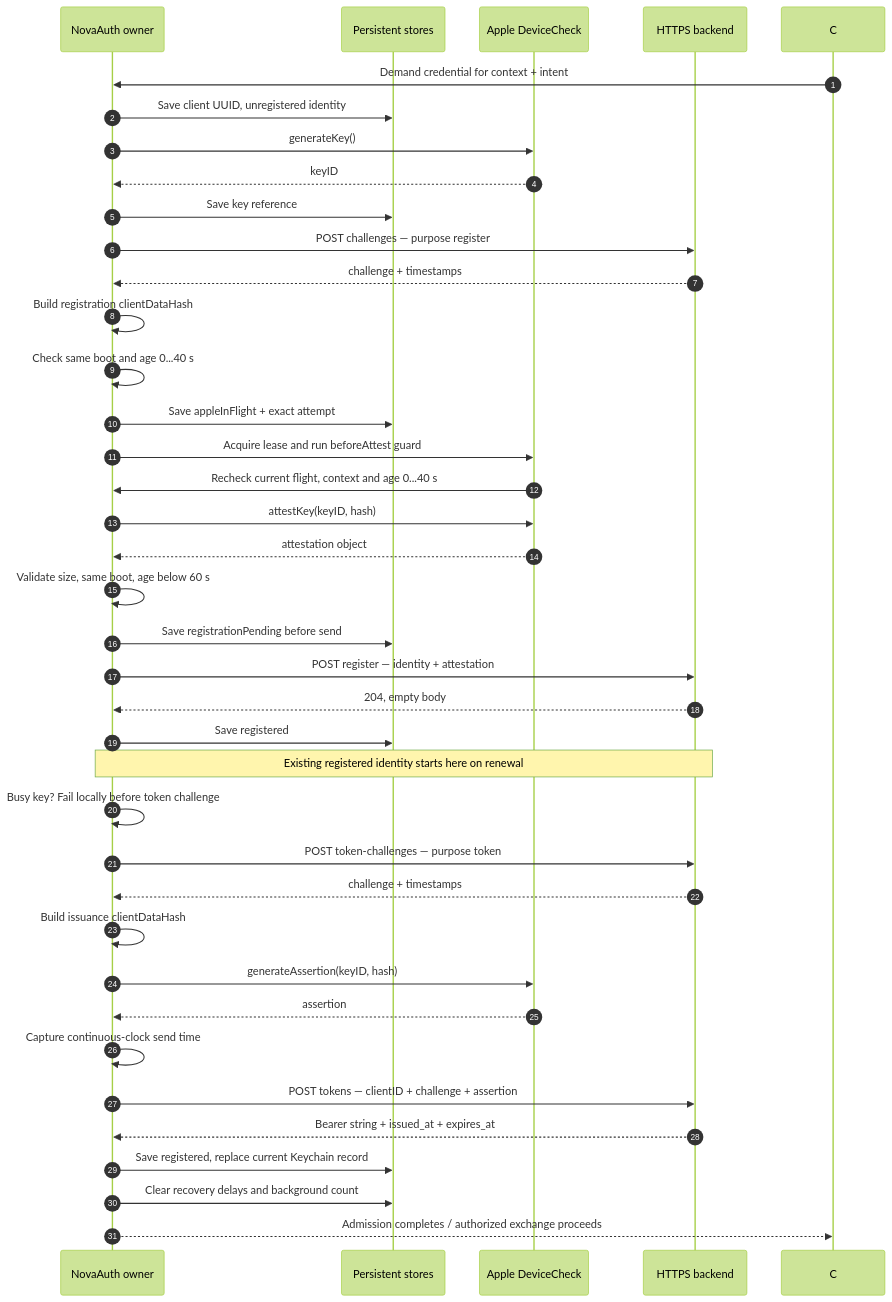
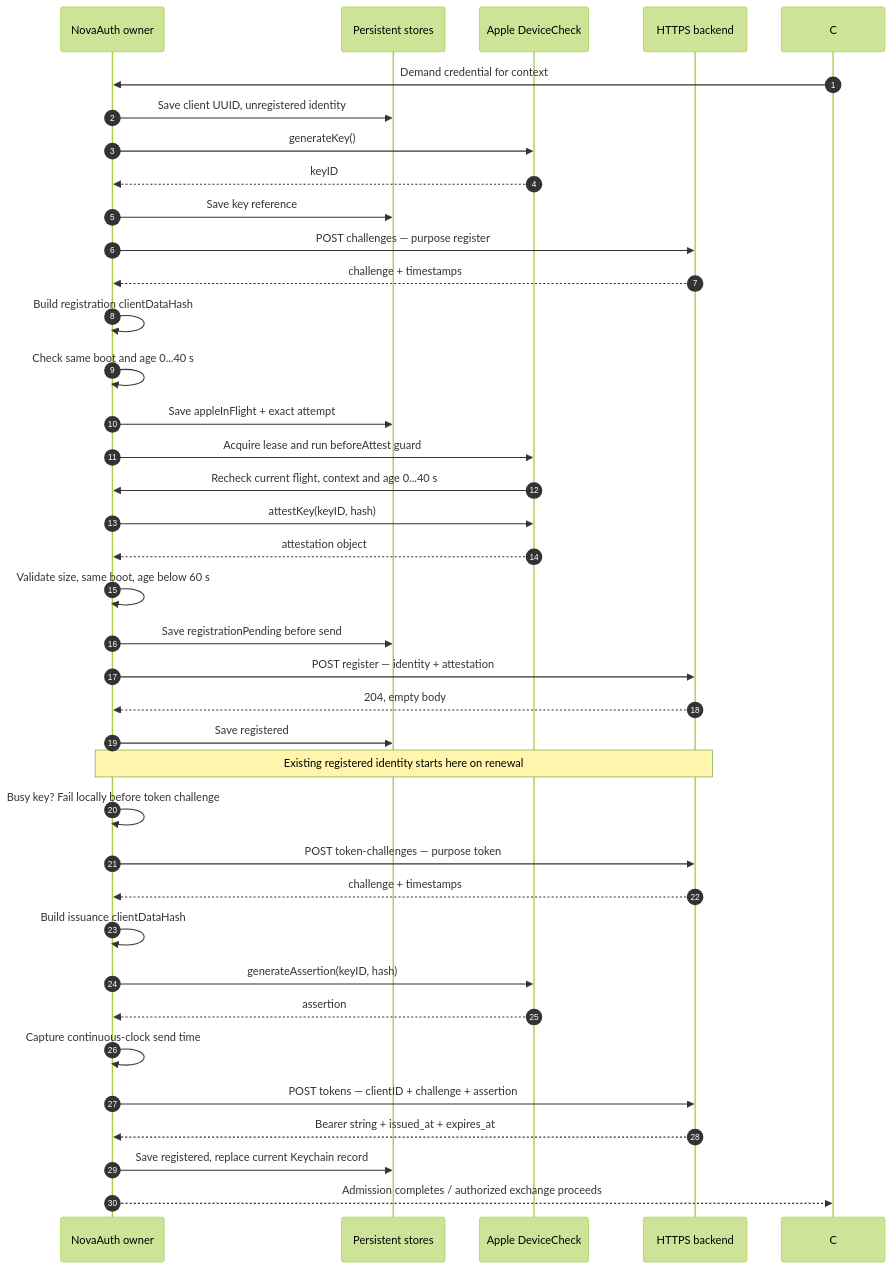
Before and after one commit to novasamatech/nova-wallet-ios: the second of 8 diagrams in .claude/docs/architecture/novaauth-client-diagrams.md, drawn with Mermaid (forest theme). The commit also changed other lines of this file and 5 other files, not shown here.

````diff
--- a/.claude/docs/architecture/novaauth-client-diagrams.md
+++ b/.claude/docs/architecture/novaauth-client-diagrams.md
@@ -47,40 +47,39 @@
 ```mermaid
 sequenceDiagram
   autonumber
   participant N as NovaAuth owner
   participant S as Persistent stores
   participant A as Apple DeviceCheck
   participant H as HTTPS backend
-  C->>N: Demand credential for context + intent
+  C->>N: Demand credential for context
   N->>S: Save client UUID, unregistered identity
   N->>A: generateKey()
   A-->>N: keyID
   N->>S: Save key reference
   N->>H: POST challenges — purpose register
   H-->>N: challenge + timestamps
   N->>N: Build registration clientDataHash
   N->>N: Check same boot and age 0...40 s
   N->>S: Save appleInFlight + exact attempt
   N->>A: Acquire lease and run beforeAttest guard
   A->>N: Recheck current flight, context and age 0...40 s
   N->>A: attestKey(keyID, hash)
   A-->>N: attestation object
   N->>N: Validate size, same boot, age below 60 s
   N->>S: Save registrationPending before send
   N->>H: POST register — identity + attestation
   H-->>N: 204, empty body
   N->>S: Save registered
   Note over N,H: Existing registered identity starts here on renewal
   N->>N: Busy key? Fail locally before token challenge
   N->>H: POST token-challenges — purpose token
   H-->>N: challenge + timestamps
   N->>N: Build issuance clientDataHash
   N->>A: generateAssertion(keyID, hash)
   A-->>N: assertion
   N->>N: Capture continuous-clock send time
   N->>H: POST tokens — clientID + challenge + assertion
   H-->>N: Bearer string + issued_at + expires_at
   N->>S: Save registered, replace current Keychain record
-  N->>S: Clear recovery delays and background count
   N-->>C: Admission completes / authorized exchange proceeds
 ```
````
